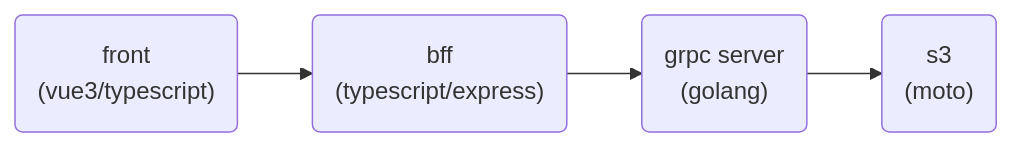
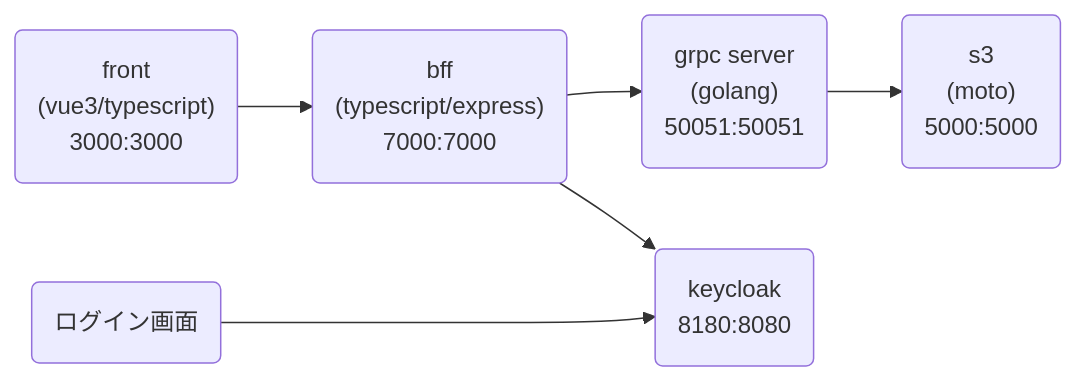
The diagram in README.md (yamagame/s3-grpc-server), drawn with Mermaid before and after one commit.

Commit message:
グラフ更新

````diff
--- a/README.md
+++ b/README.md
@@ -5,8 +5,15 @@
 ```mermaid
 graph LR;
   front("front
-  (vue3/typescript)")-->bff("bff
-  (typescript/express)")-->grpc("grpc server
-  (golang)")-->s3("s3
-  (moto)");
+  (vue3/typescript)
+  3000:3000")-->bff("bff
+  (typescript/express)
+  7000:7000")-->grpc("grpc server
+  (golang)
+  50051:50051")-->s3("s3
+  (moto)
+  5000:5000");
+  bff-->keycloak("keycloak
+  8180:8080")
+  login("ログイン画面")--->keycloak
 ```
````
